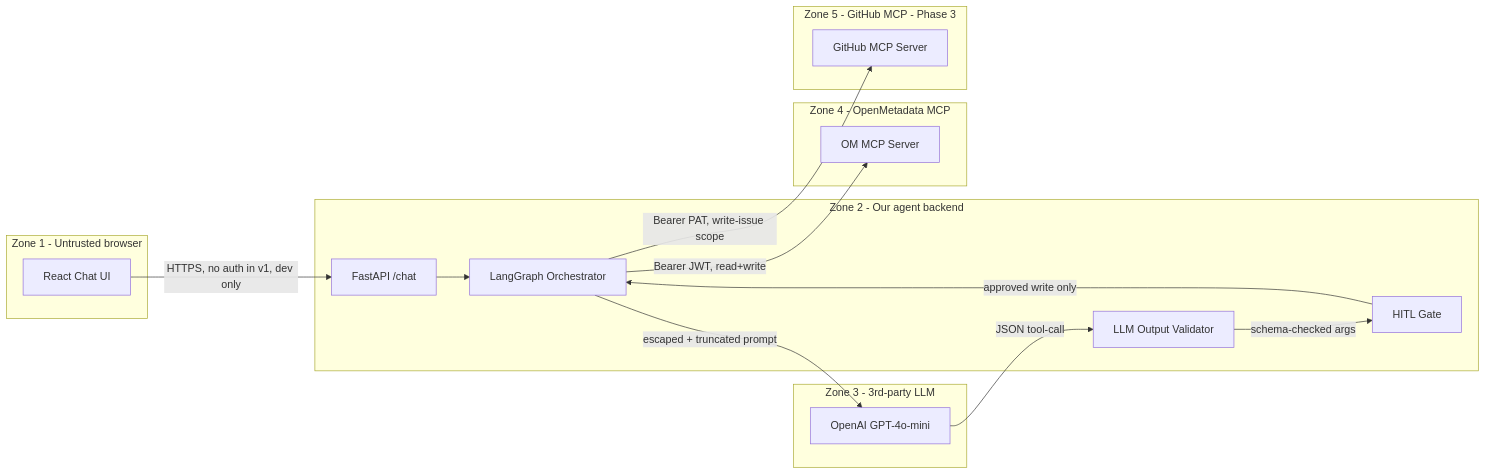
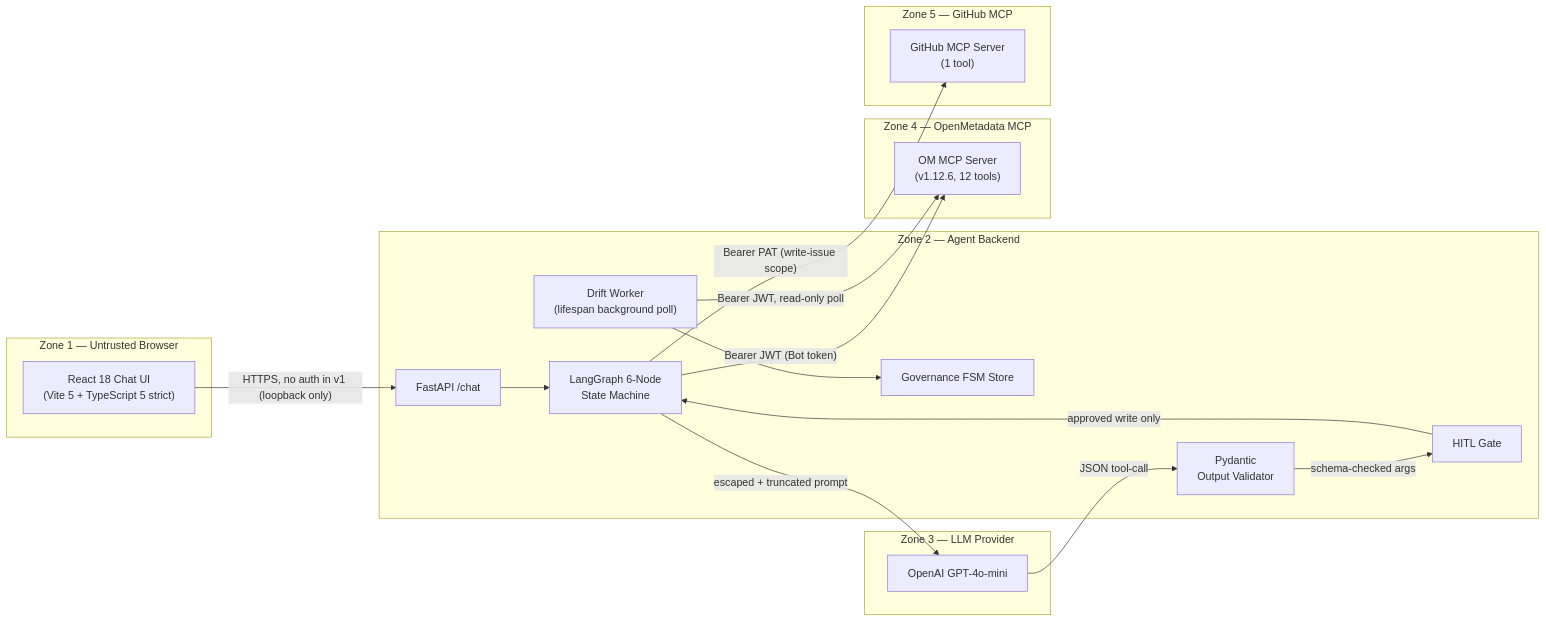
Before and after one commit to GunaPalanivel/openmetadata-mcp-agent: the first of 2 diagrams in docs/architecture.md, drawn with Mermaid. The commit also changed other lines of this file and 8 other files, not shown here.

First line of the commit message:
update all docs and diagrams for hackathon final submission

````diff
--- a/docs/architecture.md
+++ b/docs/architecture.md
@@ -5,30 +9,34 @@
 ```mermaid
 flowchart LR
-  subgraph zoneUser [Zone 1 - Untrusted browser]
-    Browser["React Chat UI"]
+  subgraph zoneUser ["Zone 1 — Untrusted Browser"]
+    Browser["React 18 Chat UI\n(Vite 5 + TypeScript 5 strict)"]
   end
-  subgraph zoneApp [Zone 2 - Our agent backend]
+  subgraph zoneApp ["Zone 2 — Agent Backend"]
     FastAPI["FastAPI /chat"]
-    Agent["LangGraph Orchestrator"]
-    Validator["LLM Output Validator"]
+    Agent["LangGraph 6-Node\nState Machine"]
+    Validator["Pydantic\nOutput Validator"]
     Confirm["HITL Gate"]
+    DriftW["Drift Worker\n(lifespan background poll)"]
+    GovStore["Governance FSM Store"]
   end
-  subgraph zoneLLM [Zone 3 - 3rd-party LLM]
+  subgraph zoneLLM ["Zone 3 — LLM Provider"]
     OpenAI["OpenAI GPT-4o-mini"]
   end
-  subgraph zoneOM [Zone 4 - OpenMetadata MCP]
-    OMMCP["OM MCP Server"]
+  subgraph zoneOM ["Zone 4 — OpenMetadata MCP"]
+    OMMCP["OM MCP Server\n(v1.12.6, 12 tools)"]
   end
-  subgraph zoneGH [Zone 5 - GitHub MCP - Phase 3]
-    GHMCP["GitHub MCP Server"]
+  subgraph zoneGH ["Zone 5 — GitHub MCP"]
+    GHMCP["GitHub MCP Server\n(1 tool)"]
   end
 
-  Browser -->|"HTTPS, no auth in v1, dev only"| FastAPI
+  Browser -->|"HTTPS, no auth in v1 (loopback only)"| FastAPI
   FastAPI --> Agent
   Agent -->|"escaped + truncated prompt"| OpenAI
   OpenAI -->|"JSON tool-call"| Validator
   Validator -->|"schema-checked args"| Confirm
   Confirm -->|"approved write only"| Agent
-  Agent -->|"Bearer JWT, read+write"| OMMCP
-  Agent -->|"Bearer PAT, write-issue scope"| GHMCP
+  Agent -->|"Bearer JWT (Bot token)"| OMMCP
+  Agent -->|"Bearer PAT (write-issue scope)"| GHMCP
+  DriftW -->|"Bearer JWT, read-only poll"| OMMCP
+  DriftW --> GovStore
 ```
````
